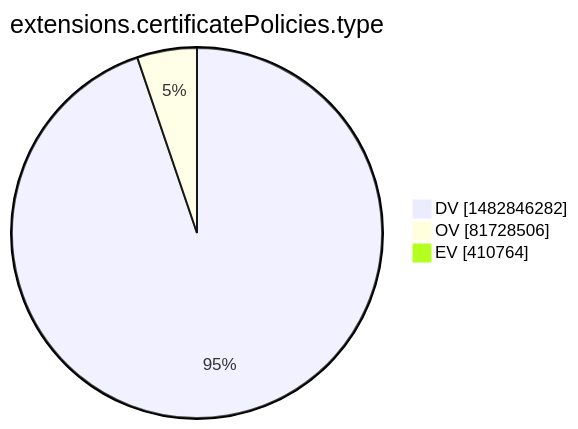
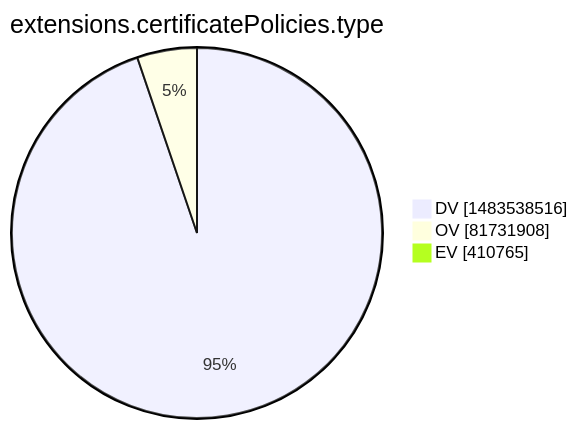
One commit to christiankrug/ctmonitor_visualization changed the tenth of 15 diagrams in xenon2022/README.md. Above: the diagram before and after it, drawn with Mermaid. The commit also changed other lines of this file, not shown here.

````diff
--- a/xenon2022/README.md
+++ b/xenon2022/README.md
@@ -2873,7 +2873,7 @@
 ```mermaid
 pie showData
 title extensions.certificatePolicies.type
-"DV" :1482846282
-"OV" :81728506
-"EV" :410764
+"DV" :1483538516
+"OV" :81731908
+"EV" :410765
 ```
````
